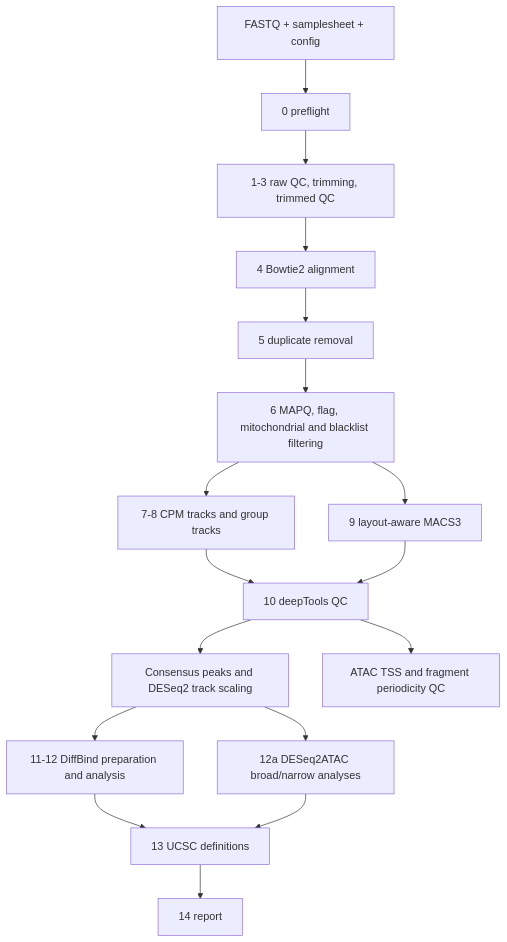
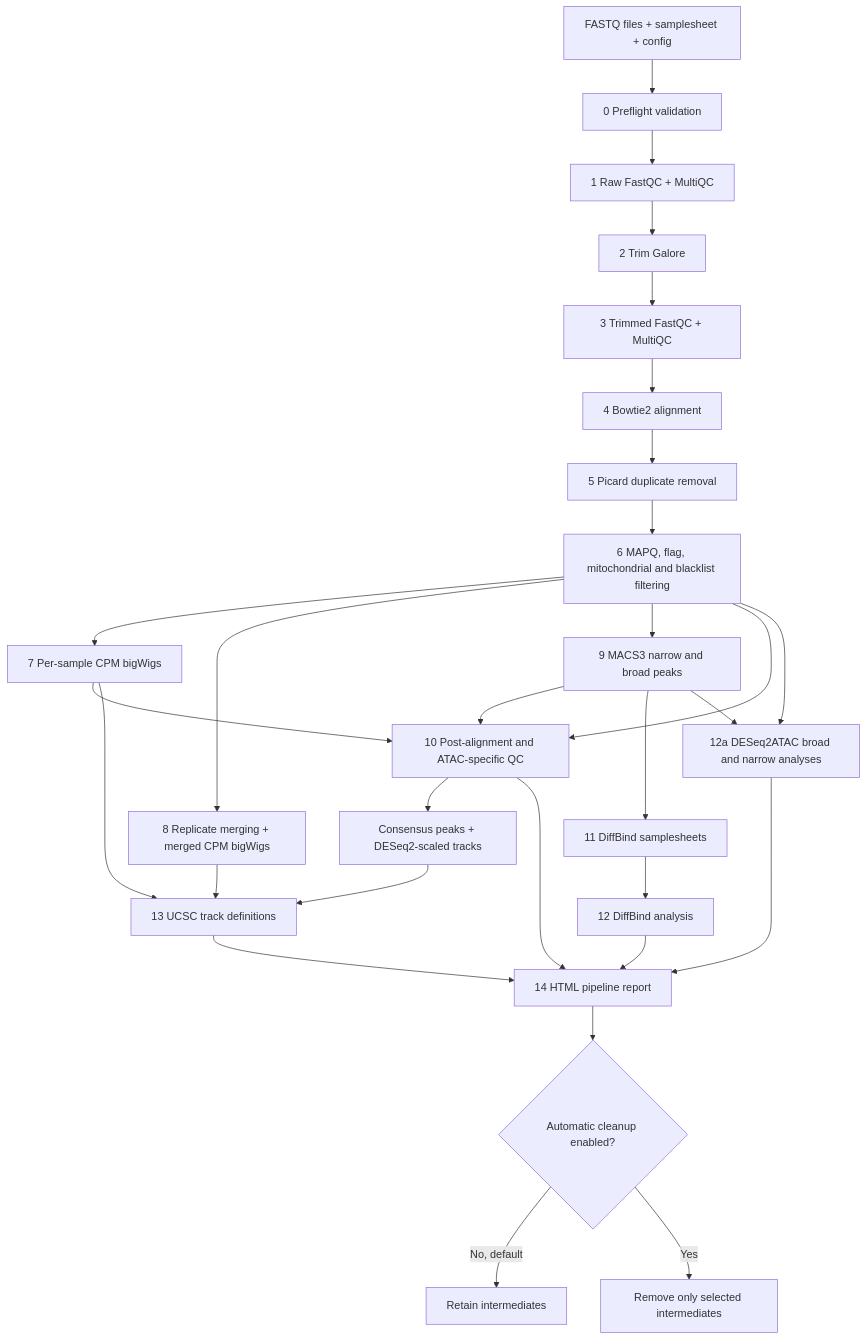
The diagram in docs/01_overview.md (MichalGd/ATACseq2tracks), drawn with Mermaid before and after one commit. The commit also changed other lines of this file and 1 other file, not shown here.

````diff
--- a/docs/01_overview.md
+++ b/docs/01_overview.md
@@ -34,19 +34,34 @@
 ```mermaid
 flowchart TD
-    A[FASTQ + samplesheet + config] --> B[0 preflight]
-    B --> C[1-3 raw QC, trimming, trimmed QC]
-    C --> D[4 Bowtie2 alignment]
-    D --> E[5 duplicate removal]
-    E --> F[6 MAPQ, flag, mitochondrial and blacklist filtering]
-    F --> G[7-8 CPM tracks and group tracks]
-    F --> H[9 layout-aware MACS3]
-    G --> I[10 deepTools QC]
-    H --> I
-    I --> J[Consensus peaks and DESeq2 track scaling]
-    I --> K[ATAC TSS and fragment periodicity QC]
-    J --> L[11-12 DiffBind preparation and analysis]
-    J --> O[12a DESeq2ATAC broad/narrow analyses]
-    L --> M[13 UCSC definitions]
-    O --> M
-    M --> N[14 report]
+    A[FASTQ files + samplesheet + config] --> B[0 Preflight validation]
+    B --> C[1 Raw FastQC + MultiQC]
+    C --> D[2 Trim Galore]
+    D --> E[3 Trimmed FastQC + MultiQC]
+    E --> F[4 Bowtie2 alignment]
+    F --> G[5 Picard duplicate removal]
+    G --> H[6 MAPQ, flag, mitochondrial and blacklist filtering]
+
+    H --> I[7 Per-sample CPM bigWigs]
+    H --> J[8 Replicate merging + merged CPM bigWigs]
+    H --> K[9 MACS3 narrow and broad peaks]
+    H --> L[10 Post-alignment and ATAC-specific QC]
+    I --> L
+    K --> L
+    L --> M[Consensus peaks + DESeq2-scaled tracks]
+
+    K --> N[11 DiffBind samplesheets]
+    N --> O[12 DiffBind analysis]
+    H --> P[12a DESeq2ATAC broad and narrow analyses]
+    K --> P
+
+    I --> Q[13 UCSC track definitions]
+    J --> Q
+    M --> Q
+    L --> R[14 HTML pipeline report]
+    O --> R
+    P --> R
+    Q --> R
+    R --> S{Automatic cleanup enabled?}
+    S -->|No, default| T[Retain intermediates]
+    S -->|Yes| U[Remove only selected intermediates]
 ```
````
